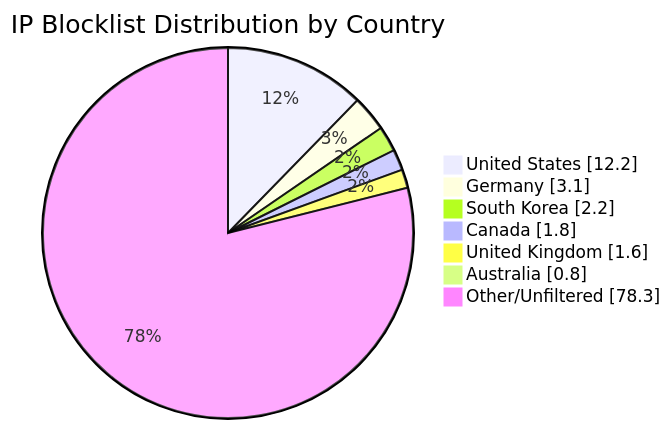
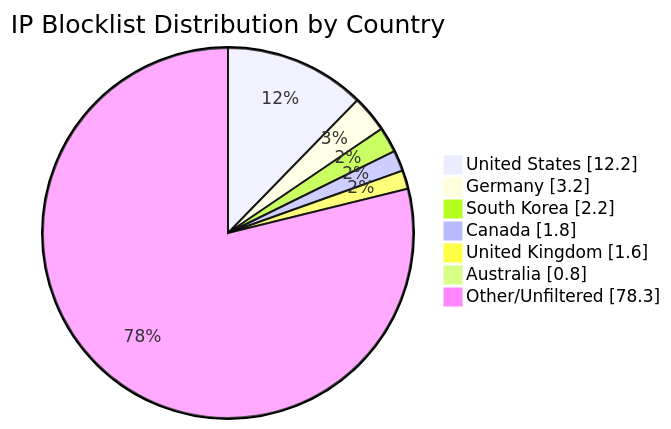
Before and after one commit to MarcusHoltz/ipblocklist-geofiltered-aggregator: the diagram in README.md, drawn with Mermaid. The commit also changed other lines of this file and 9 other files, not shown here.

````diff
--- a/README.md
+++ b/README.md
@@ -34,10 +34,10 @@
 ```mermaid
 pie showData title IP Blocklist Distribution by Country
 "United States" : 12.2
-"Germany" : 3.1
+"Germany" : 3.2
 "South Korea" : 2.2
 "Canada" : 1.8
 "United Kingdom" : 1.6
 "Australia" : 0.8
 "Other/Unfiltered" : 78.3
 ```
````
